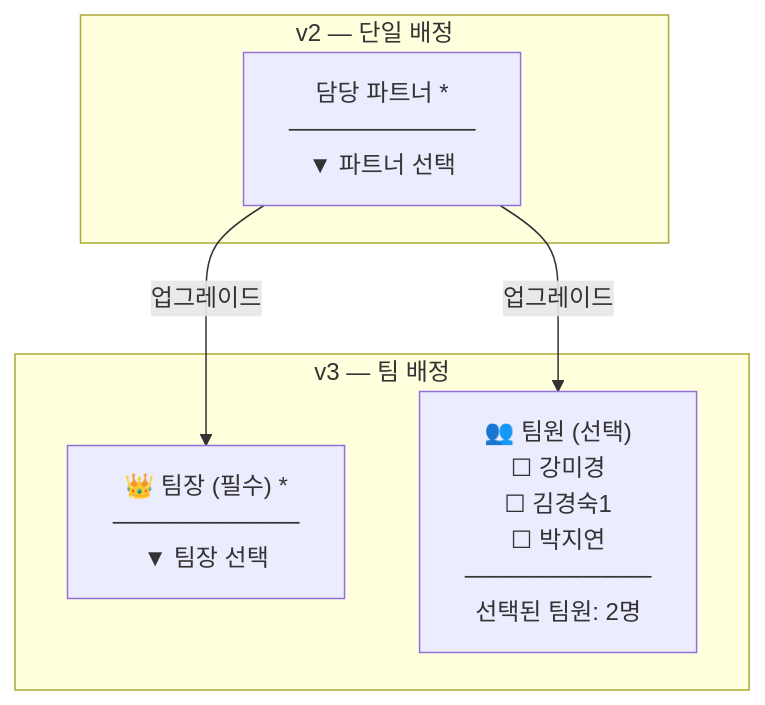
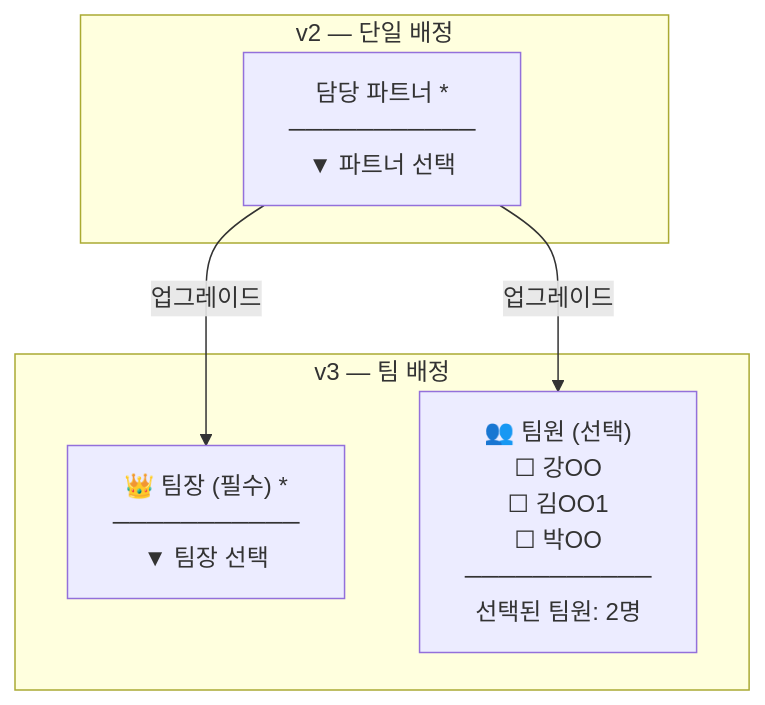
The third of 7 diagrams in _posts/2026-07-18-ax-partners-manager-v3-team.md (200gyu/209), drawn with Mermaid before and after one commit. The commit also changed other lines of this file and 36 other files, not shown here.

````diff
--- a/_posts/2026-07-18-ax-partners-manager-v3-team.md
+++ b/_posts/2026-07-18-ax-partners-manager-v3-team.md
@@ -187,12 +187,12 @@
 ```mermaid
 flowchart TB
     subgraph "v2 — 단일 배정"
         A["담당 파트너 *<br/>───────────<br/>▼ 파트너 선택"]
     end
     subgraph "v3 — 팀 배정"
         B["👑 팀장 (필수) *<br/>───────────<br/>▼ 팀장 선택"]
-        C["👥 팀원 (선택)<br/>☐ 강미경<br/>☐ 김경숙1<br/>☐ 박지연<br/>───────────<br/>선택된 팀원: 2명"]
+        C["👥 팀원 (선택)<br/>☐ 강OO<br/>☐ 김OO1<br/>☐ 박OO<br/>───────────<br/>선택된 팀원: 2명"]
     end
     A -->|"업그레이드"| B
     A -->|"업그레이드"| C
 ```
````
